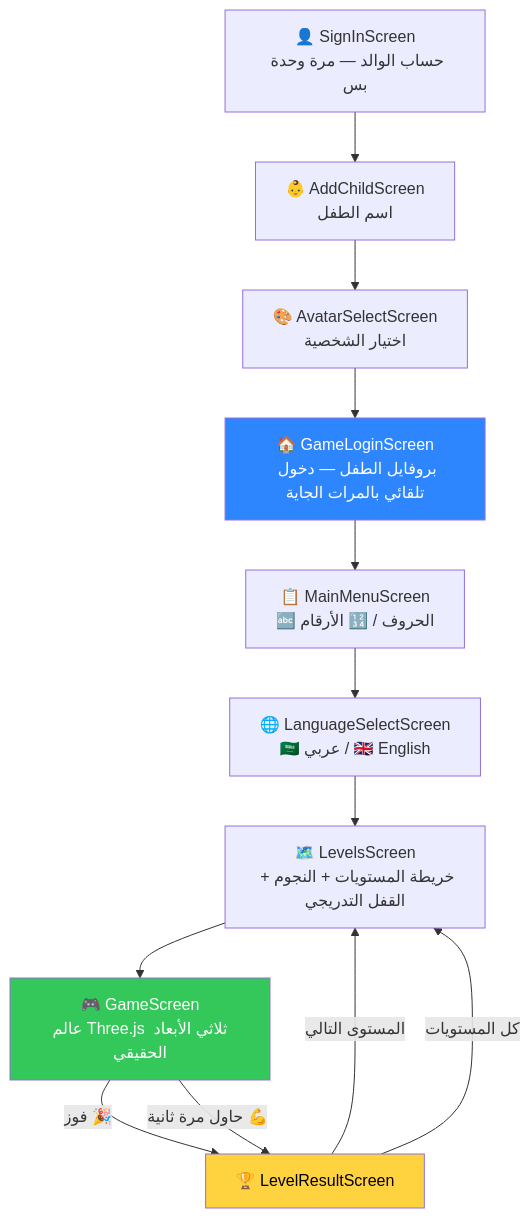
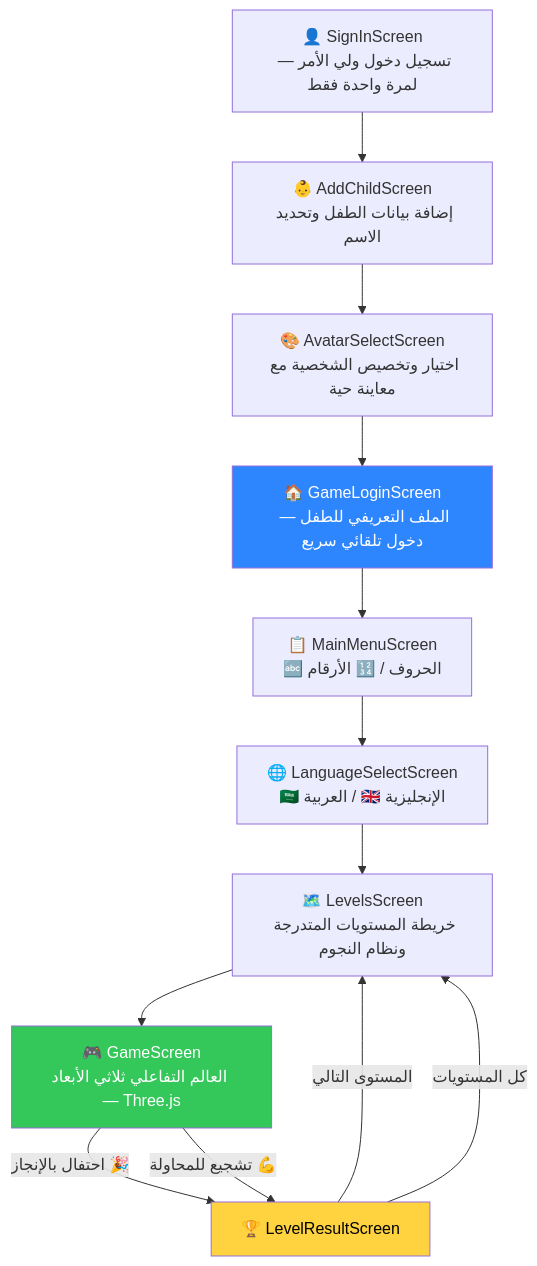
The diagram in README.md (Fatimahomran25/hamoudi-blocks), drawn with Mermaid before and after one commit. The commit also changed other lines of this file and 1 other file, not shown here.

````diff
--- a/README.md
+++ b/README.md
@@ -81,18 +57,18 @@
 ```mermaid
 flowchart TD
-    A["👤 SignInScreen<br/>حساب الوالد — مرة وحدة بس"] --> B["👶 AddChildScreen<br/>اسم الطفل"]
-    B --> C["🎨 AvatarSelectScreen<br/>اختيار الشخصية"]
-    C --> D["🏠 GameLoginScreen<br/>بروفايل الطفل — دخول تلقائي بالمرات الجاية"]
+    A["👤 SignInScreen<br/>تسجيل دخول ولي الأمر — لمرة واحدة فقط"] --> B["👶 AddChildScreen<br/>إضافة بيانات الطفل وتحديد الاسم"]
+    B --> C["🎨 AvatarSelectScreen<br/>اختيار وتخصيص الشخصية مع معاينة حية"]
+    C --> D["🏠 GameLoginScreen<br/>الملف التعريفي للطفل — دخول تلقائي سريع"]
     D --> E["📋 MainMenuScreen<br/>🔤 الحروف / 🔢 الأرقام"]
-    E --> F["🌐 LanguageSelectScreen<br/>🇸🇦 عربي / 🇬🇧 English"]
-    F --> G["🗺️ LevelsScreen<br/>خريطة المستويات + النجوم + القفل التدريجي"]
-    G --> H["🎮 GameScreen<br/>عالم Three.js ثلاثي الأبعاد الحقيقي"]
-    H -->|فوز 🎉| I["🏆 LevelResultScreen"]
-    H -->|حاول مرة ثانية 💪| I
+    E --> F["🌐 LanguageSelectScreen<br/>🇸🇦 العربية / 🇬🇧 الإنجليزية"]
+    F --> G["🗺️ LevelsScreen<br/>خريطة المستويات المتدرجة ونظام النجوم"]
+    G --> H["🎮 GameScreen<br/>العالم التفاعلي ثلاثي الأبعاد — Three.js"]
+    H -->|احتفال بالإنجاز 🎉| I["🏆 LevelResultScreen"]
+    H -->|تشجيع للمحاولة 💪| I
     I -->|المستوى التالي| G
     I -->|كل المستويات| G
 
     style D fill:#2E86FF,color:#fff
     style H fill:#34C759,color:#fff
     style I fill:#FFD23F,color:#000
 ```
````
